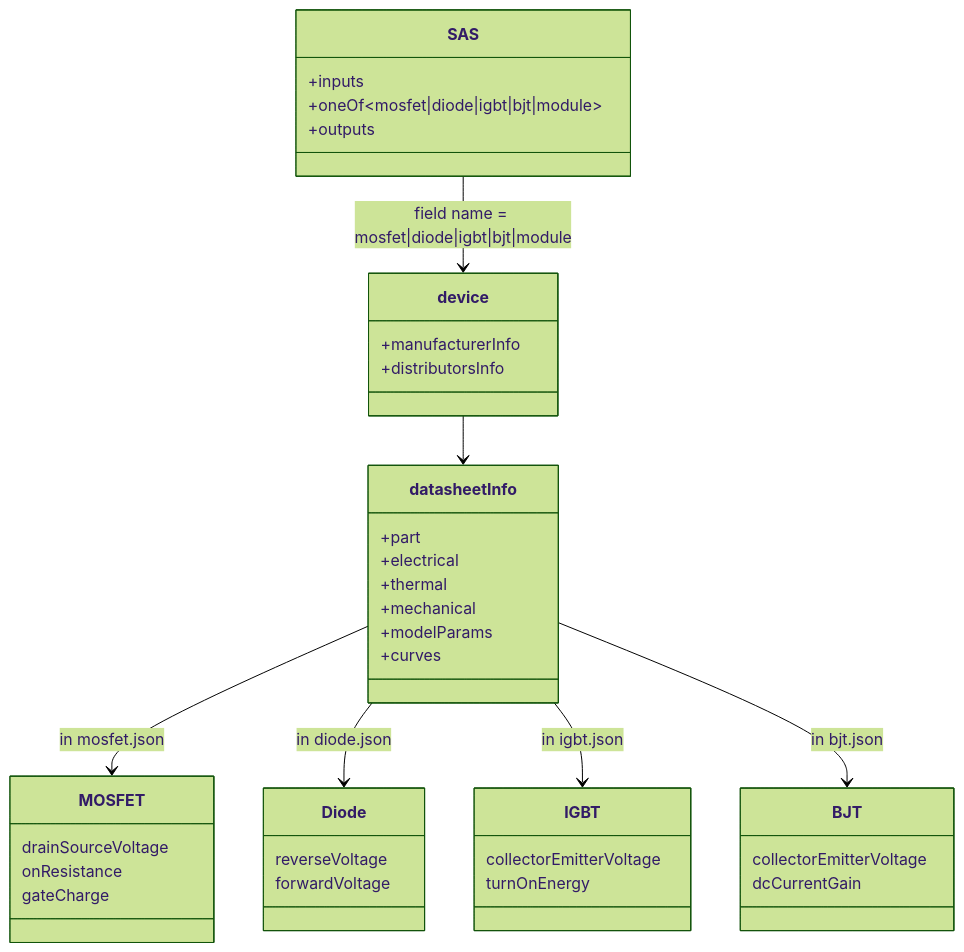
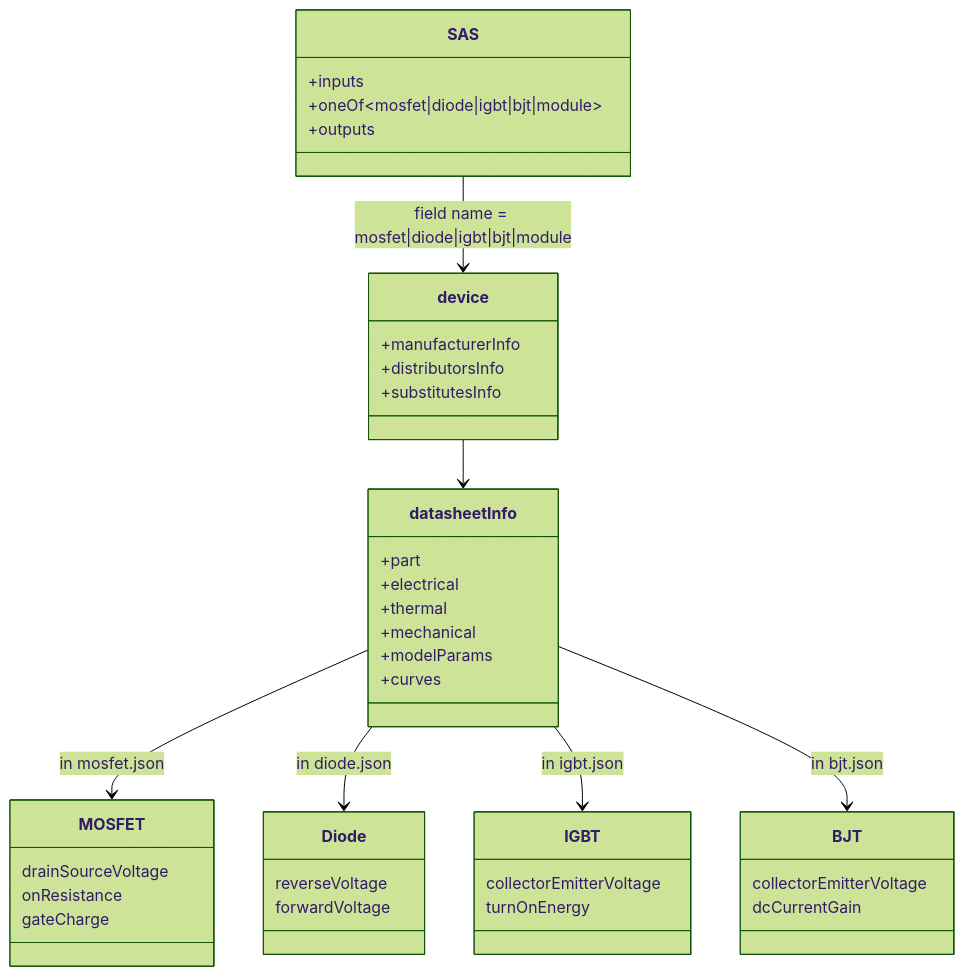
One commit to Power-Supply-Manufacturers-Association/SAS changed the first of 2 diagrams in README.md. Above: the diagram before and after it, drawn with Mermaid (forest theme). The commit also changed other lines of this file and 6 other files, not shown here.

````diff
--- a/README.md
+++ b/README.md
@@ -123,43 +124,44 @@
 ```mermaid
 classDiagram
     class SAS {
         +inputs
         +oneOf~mosfet|diode|igbt|bjt|module~
         +outputs
     }
     class device {
         +manufacturerInfo
         +distributorsInfo
+        +substitutesInfo
     }
     class datasheetInfo {
         +part
         +electrical
         +thermal
         +mechanical
         +modelParams
         +curves
     }
     class MOSFET {
         drainSourceVoltage
         onResistance
         gateCharge
     }
     class Diode {
         reverseVoltage
         forwardVoltage
     }
     class IGBT {
         collectorEmitterVoltage
         turnOnEnergy
     }
     class BJT {
         collectorEmitterVoltage
         dcCurrentGain
     }
     SAS --> device : field name = mosfet|diode|igbt|bjt|module
     device --> datasheetInfo
     datasheetInfo --> MOSFET : in mosfet.json
     datasheetInfo --> Diode : in diode.json
     datasheetInfo --> IGBT : in igbt.json
     datasheetInfo --> BJT : in bjt.json
 ```
````
